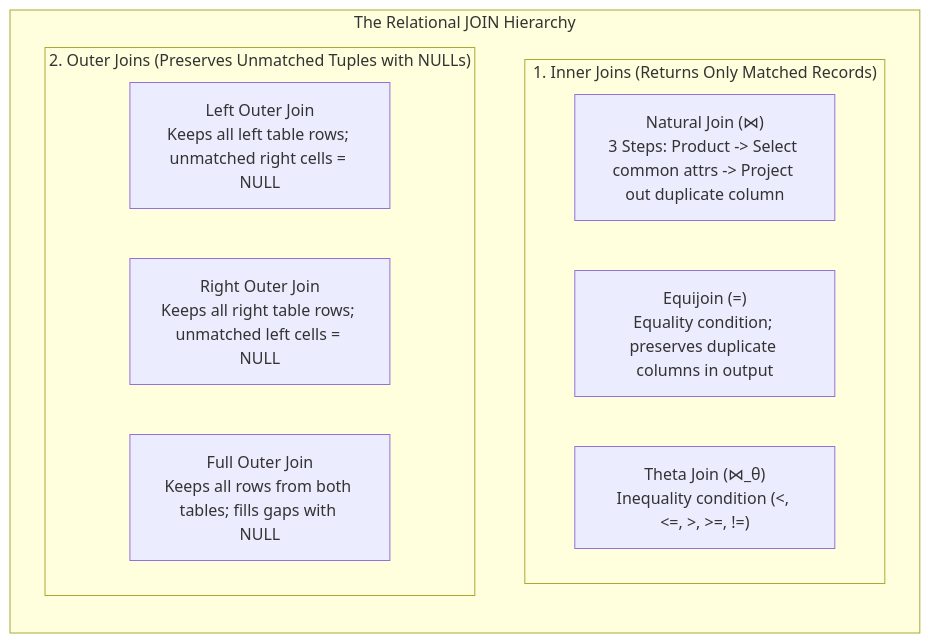
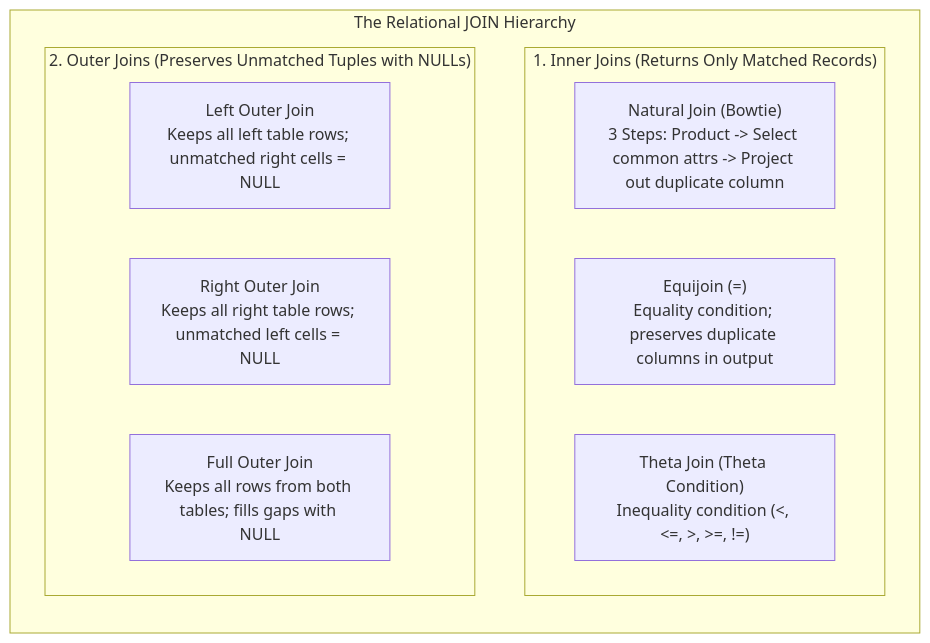
Diagram 50 of 58 in Y2S1/CCA202 Database Fundamentals.md (Fake1Doge/Obsidian-notes), drawn with Mermaid before and after one commit. The commit also changed other lines of this file and 9 other files, not shown here.

````diff
--- a/Y2S1/CCA202 Database Fundamentals.md
+++ b/Y2S1/CCA202 Database Fundamentals.md
@@ -674,18 +1981,18 @@
 ```mermaid
 flowchart TD
     subgraph JoinTaxonomy["The Relational JOIN Hierarchy"]
         direction TB
         subgraph InnerJoins["1. Inner Joins (Returns Only Matched Records)"]
             direction LR
-            NJ["Natural Join (⋈)<br/>3 Steps: Product -> Select common attrs -> Project out duplicate column"]
+            NJ["Natural Join (Bowtie)<br/>3 Steps: Product -> Select common attrs -> Project out duplicate column"]
             EJ["Equijoin (=)<br/>Equality condition; preserves duplicate columns in output"]
-            TJ["Theta Join (⋈_θ)<br/>Inequality condition (<, <=, >, >=, !=)"]
+            TJ["Theta Join (Theta Condition)<br/>Inequality condition (<, <=, >, >=, !=)"]
         end
         subgraph OuterJoins["2. Outer Joins (Preserves Unmatched Tuples with NULLs)"]
             direction LR
             LOJ["Left Outer Join<br/>Keeps all left table rows; unmatched right cells = NULL"]
             ROJ["Right Outer Join<br/>Keeps all right table rows; unmatched left cells = NULL"]
             FOJ["Full Outer Join<br/>Keeps all rows from both tables; fills gaps with NULL"]
         end
     end
 ```
````
